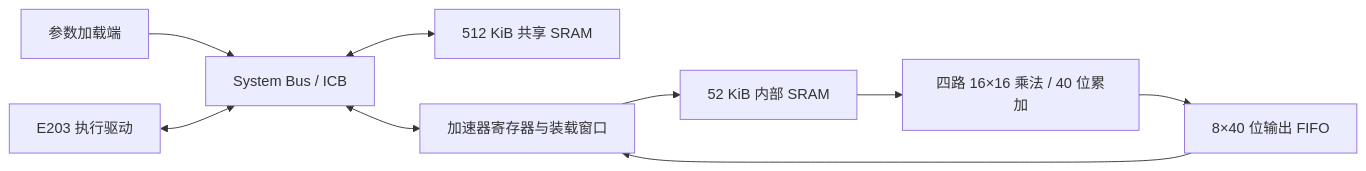
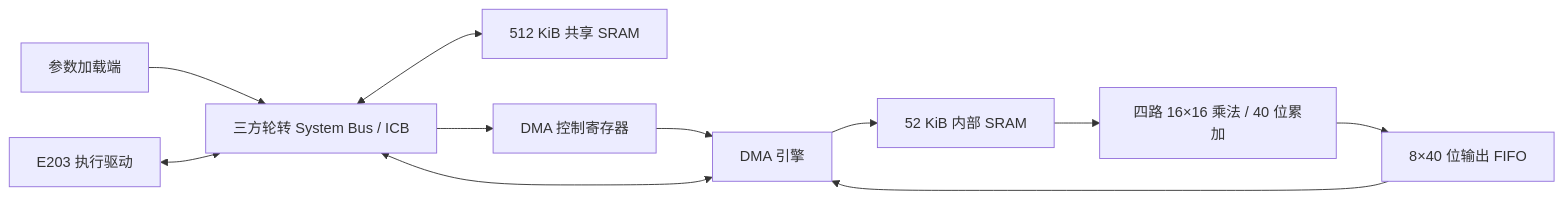
The diagram in docs/architecture.md (hhaxi/keyword_transfomer_accelerator), drawn with Mermaid before and after one commit. The commit also changed other lines of this file and 32 other files, not shown here.

Commit message:
feat: add autonomous DMA and cycle profiling with pipelined bus

````diff
--- a/docs/architecture.md
+++ b/docs/architecture.md
@@ -60,11 +61,13 @@
 ```mermaid
 flowchart LR
-    H[参数加载端] --> B[System Bus / ICB]
+    H[参数加载端] --> B[三方轮转 System Bus / ICB]
     C[E203 执行驱动] <--> B
     B <--> S[512 KiB 共享 SRAM]
-    B <--> A[加速器寄存器与装载窗口]
-    A --> M[52 KiB 内部 SRAM]
+    B --> A[DMA 控制寄存器]
+    A --> E[DMA 引擎]
+    E <--> B
+    E --> M[52 KiB 内部 SRAM]
     M --> D[四路 16×16 乘法 / 40 位累加]
     D --> O[8×40 位输出 FIFO]
-    O --> A
+    O --> E
 ```
````
